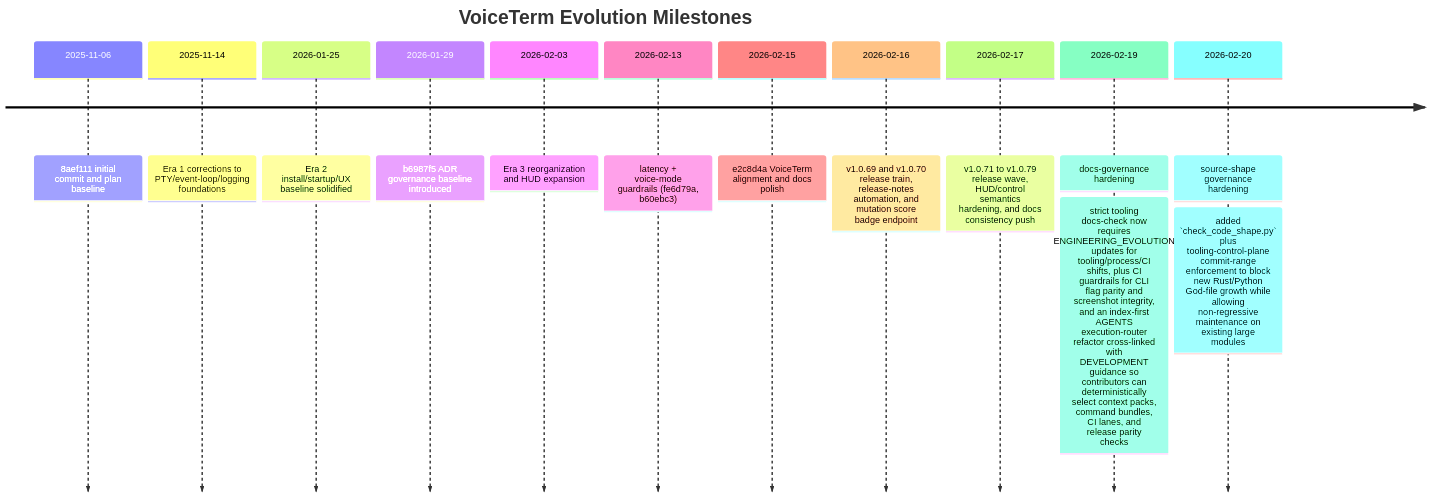
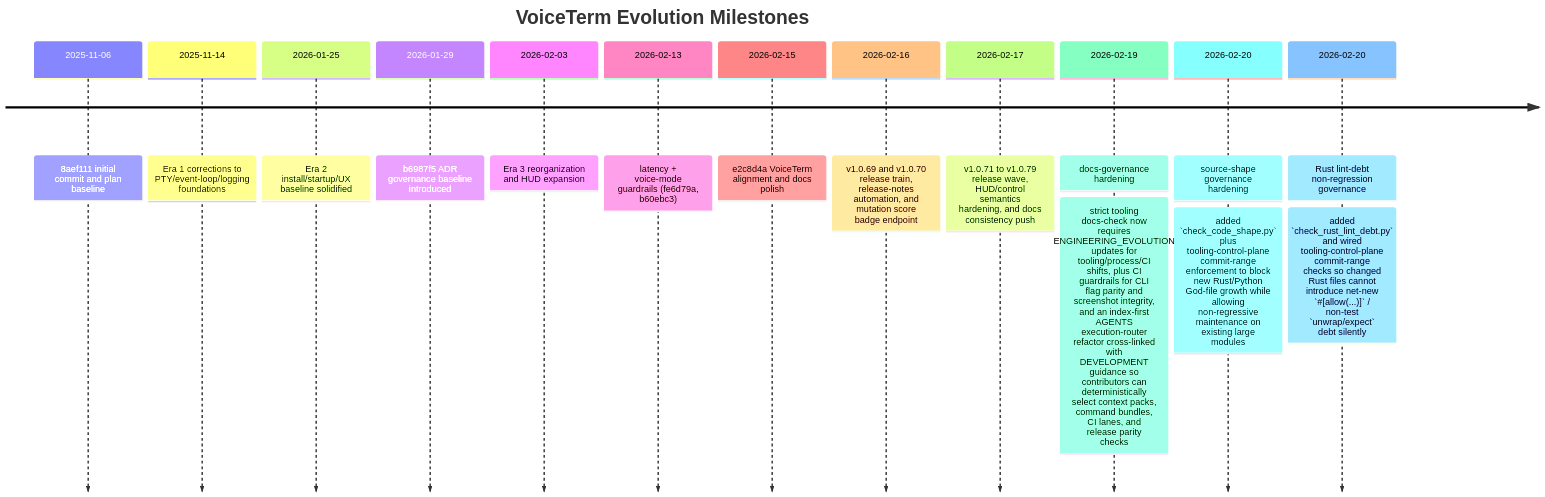
Before and after one commit to jguida941/voiceterm: the third of 5 diagrams in dev/history/ENGINEERING_EVOLUTION.md, drawn with Mermaid. The commit also changed other lines of this file and 6 other files, not shown here.

Commit message:
tooling: add rust lint-debt non-regression guard

````diff
--- a/dev/history/ENGINEERING_EVOLUTION.md
+++ b/dev/history/ENGINEERING_EVOLUTION.md
@@ -405,15 +423,16 @@
 ```mermaid
 timeline
   title VoiceTerm Evolution Milestones
   2025-11-06 : 8aef111 initial commit and plan baseline
   2025-11-14 : Era 1 corrections to PTY/event-loop/logging foundations
   2026-01-25 : Era 2 install/startup/UX baseline solidified
   2026-01-29 : b6987f5 ADR governance baseline introduced
   2026-02-03 : Era 3 reorganization and HUD expansion
   2026-02-13 : latency + voice-mode guardrails (fe6d79a, b60ebc3)
   2026-02-15 : e2c8d4a VoiceTerm alignment and docs polish
   2026-02-16 : v1.0.69 and v1.0.70 release train, release-notes automation, and mutation score badge endpoint
   2026-02-17 : v1.0.71 to v1.0.79 release wave, HUD/control semantics hardening, and docs consistency push
   2026-02-19 : docs-governance hardening: strict tooling docs-check now requires ENGINEERING_EVOLUTION updates for tooling/process/CI shifts, plus CI guardrails for CLI flag parity and screenshot integrity, and an index-first AGENTS execution-router refactor cross-linked with DEVELOPMENT guidance so contributors can deterministically select context packs, command bundles, CI lanes, and release parity checks
   2026-02-20 : source-shape governance hardening: added `check_code_shape.py` plus tooling-control-plane commit-range enforcement to block new Rust/Python God-file growth while allowing non-regressive maintenance on existing large modules
+  2026-02-20 : Rust lint-debt non-regression governance: added `check_rust_lint_debt.py` and wired tooling-control-plane commit-range checks so changed Rust files cannot introduce net-new `#[allow(...)]` / non-test `unwrap/expect` debt silently
 ```
````
